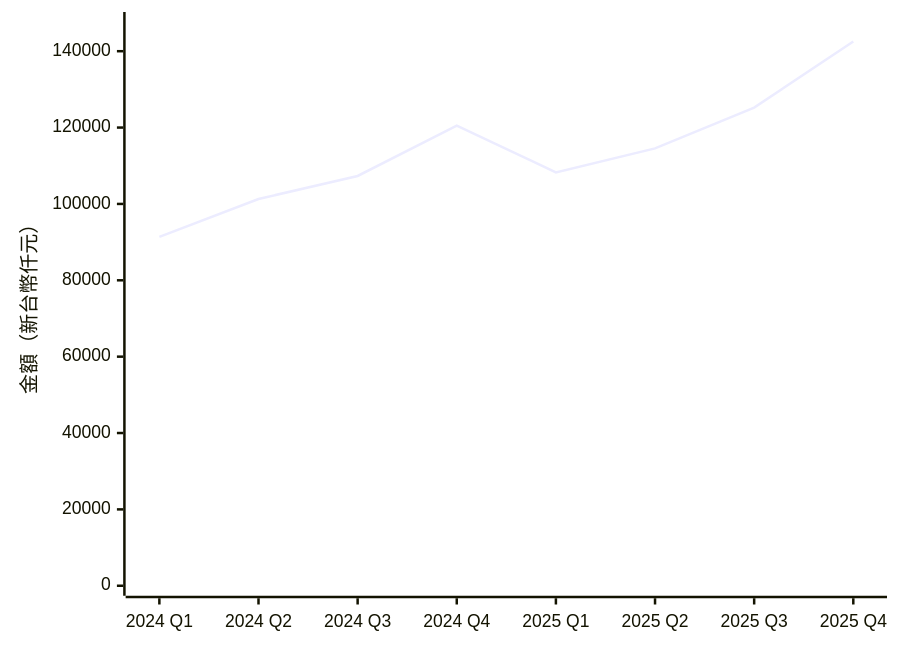
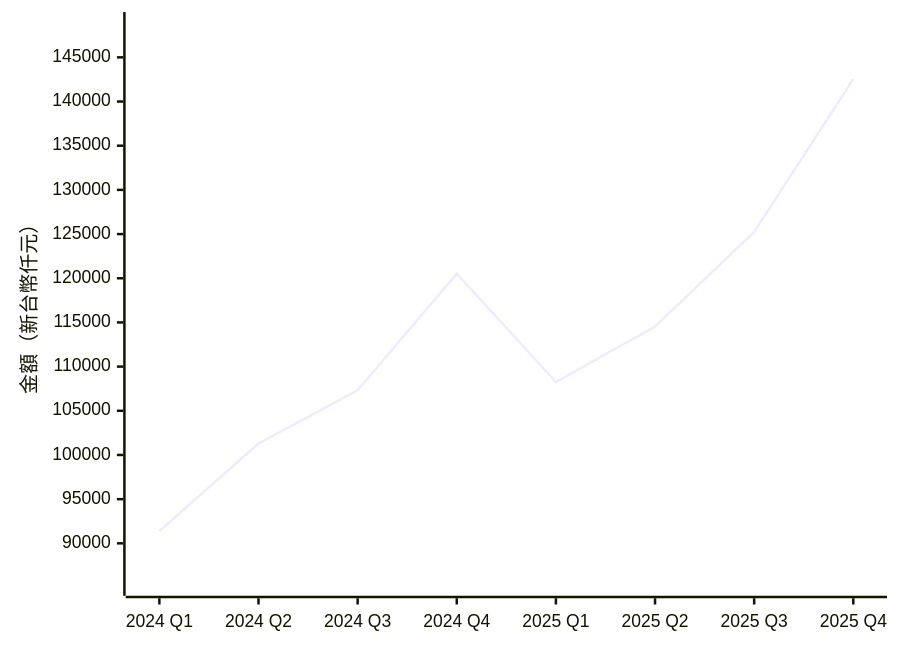
One commit to jyuny1/blog changed the eighth of 19 diagrams in content/台灣零售與電商競爭分析.md. Above: the diagram before and after it, drawn with Mermaid. The commit also changed other lines of this file, not shown here.

````diff
--- a/content/台灣零售與電商競爭分析.md
+++ b/content/台灣零售與電商競爭分析.md
@@ -122,6 +122,6 @@
 ```mermaid
 xychart-beta
     x-axis ["2024 Q1", "2024 Q2", "2024 Q3", "2024 Q4", "2025 Q1", "2025 Q2", "2025 Q3", "2025 Q4"]
-    y-axis "金額（新台幣仟元）" 0 --> 147648
+    y-axis "金額（新台幣仟元）" 85200 --> 149000
     line [91385, 101296, 107322, 120513, 108261, 114536, 125235, 142533]
 ```
````
